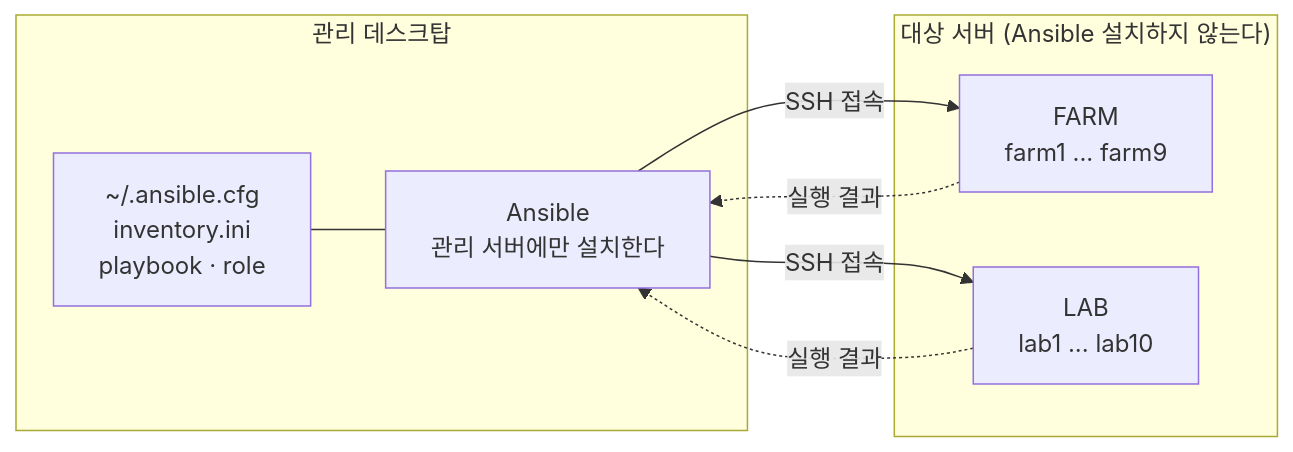
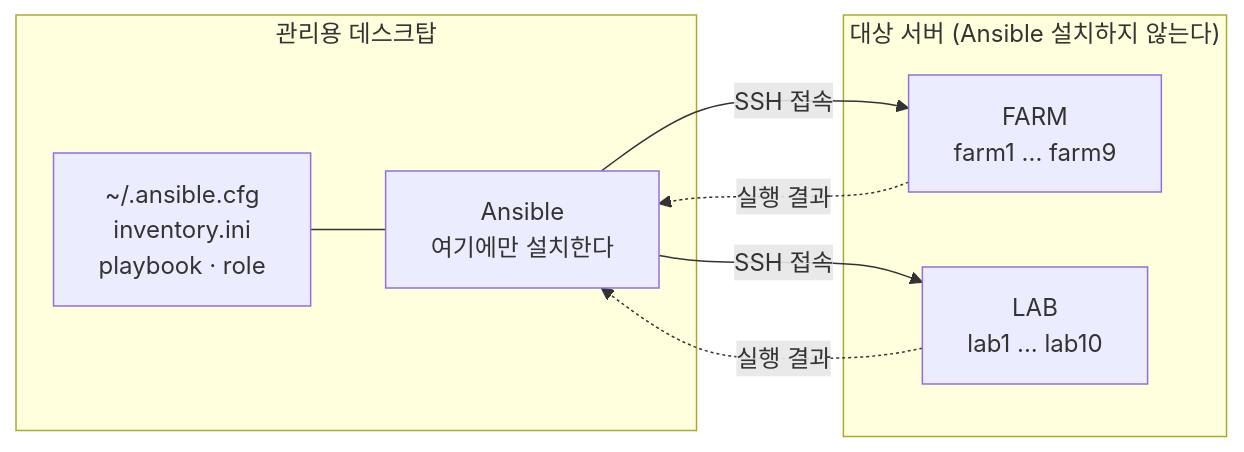
One commit to CSID-DGU/admin_wiki changed the first of 2 diagrams in md/system/ansible/basic.md. Above: the diagram before and after it, drawn with Mermaid. The commit also changed other lines of this file and 2 other files, not shown here.

Commit message:
docs: ansible 매뉴얼 수정

````diff
--- a/md/system/ansible/basic.md
+++ b/md/system/ansible/basic.md
@@ -29,16 +33,16 @@
 ```mermaid
 flowchart LR
-    subgraph DESK["관리 데스크탑"]
-        A["Ansible<br/>관리 서버에만 설치한다"]
+    subgraph DESK["관리용 데스크탑"]
+        A["Ansible<br/>여기에만 설치한다"]
         C["~/.ansible.cfg<br/>inventory.ini<br/>playbook · role"]
     end
     subgraph TARGET["대상 서버 (Ansible 설치하지 않는다)"]
         F["FARM<br/>farm1 ... farm9"]
         L["LAB<br/>lab1 ... lab10"]
     end
     C --- A
     A -->|SSH 접속| F
     A -->|SSH 접속| L
     F -.->|실행 결과| A
     L -.->|실행 결과| A
 ```
````
